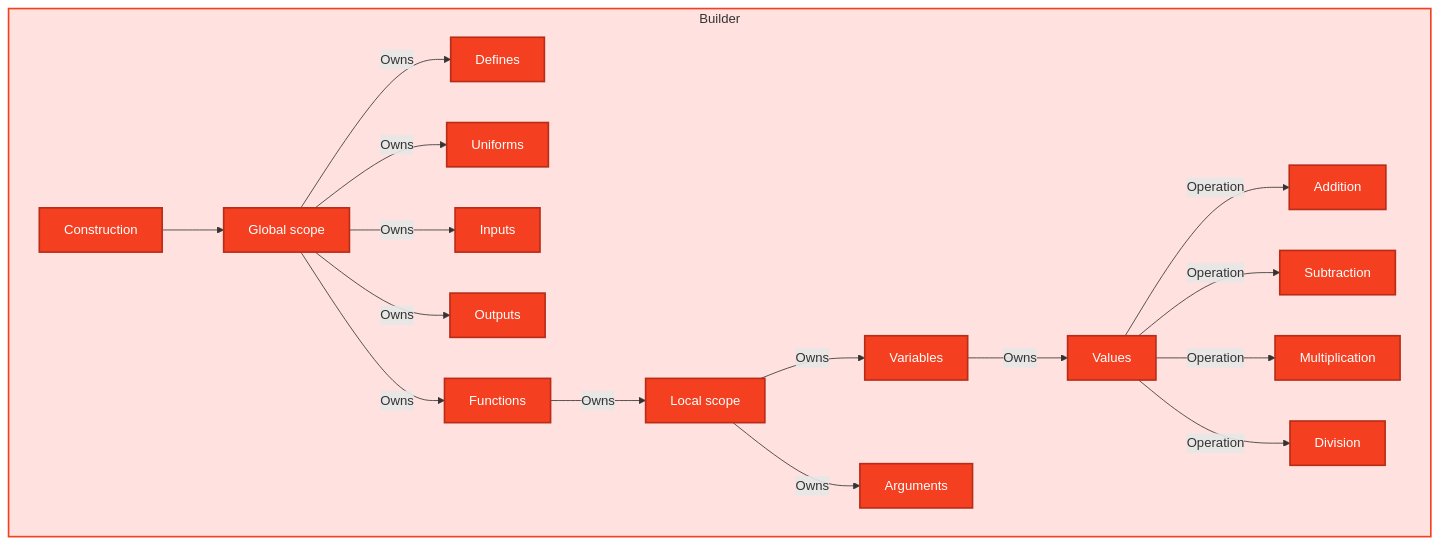
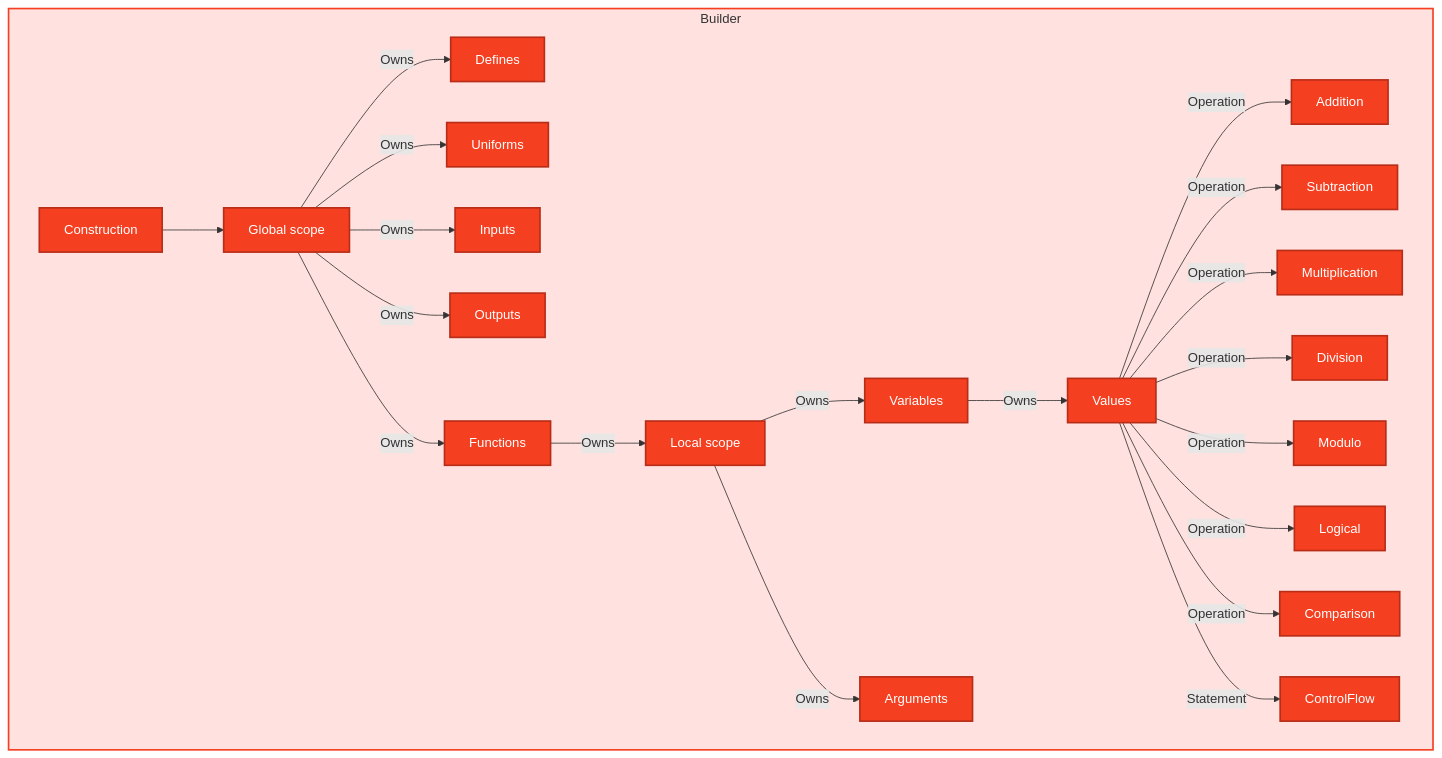
Before and after one commit to erfan114/shader-generator: the second of 2 diagrams in ARCHITECTURE.md, drawn with Mermaid. The commit also changed other lines of this file, not shown here.

Commit message:
docs: Update ARCHITECTURE.md for clarity and consistency in terminology and structure

````diff
--- a/ARCHITECTURE.md
+++ b/ARCHITECTURE.md
@@ -213,53 +208,58 @@
 ```mermaid
 %%{init: {"themeCSS": "* { font-family: monospace; }"}}%%
 
 flowchart LR
     subgraph Builder
         direction LR
 
         Construction
         GlobalScope["Global scope"]
 
         Defines
         Uniforms
         Inputs
         Outputs
         Functions
 
         LocalScope["Local scope"]
         Variables
         Arguments
         Values
 
         Addition
         Subtraction
         Multiplication
         Division
+        Modulo
+        Logical
+        Comparison
+        ControlFlow
 
         Construction --> GlobalScope
 
         GlobalScope -->|Owns| Defines
         GlobalScope -->|Owns| Uniforms
         GlobalScope -->|Owns| Inputs
         GlobalScope -->|Owns| Outputs
         GlobalScope -->|Owns| Functions
 
         Functions -->|Owns| LocalScope
         LocalScope -->|Owns| Variables
         LocalScope -->|Owns| Arguments
 
         Variables -->|Owns| Values
 
         Values -->|Operation| Addition
         Values -->|Operation| Subtraction
         Values -->|Operation| Multiplication
         Values -->|Operation| Division
+        Values -->|Operation| Modulo
+        Values -->|Operation| Logical
+        Values -->|Operation| Comparison
+        Values -->|Statement| ControlFlow
     end
 
-    %% Styling
     classDef orange fill:#f43f20,stroke:#b82d18,stroke-width:2px,color:#fff;
-
-    class Construction,GlobalScope,Defines,Uniforms,Inputs,Outputs,Functions,LocalScope,Variables,Arguments,Values,Addition,Subtraction,Multiplication,Division orange;
-
+    class Construction,GlobalScope,Defines,Uniforms,Inputs,Outputs,Functions,LocalScope,Variables,Arguments,Values,Addition,Subtraction,Multiplication,Division,Modulo,Logical,Comparison,ControlFlow orange;
     style Builder fill:#ffe1df,stroke:#f43f20,stroke-width:2px;
 ```
````
